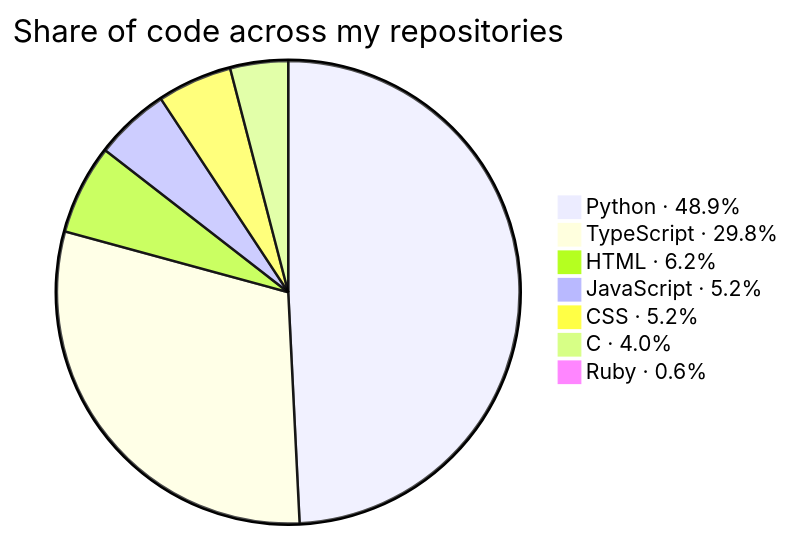
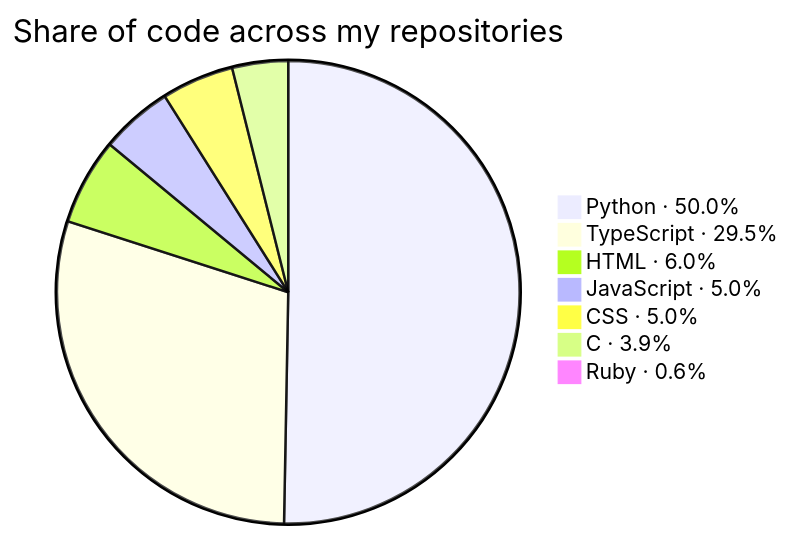
The second of 3 diagrams in README.md (KathFK1234/KathFK1234), drawn with Mermaid before and after one commit. The commit also changed other lines of this file and 2 other files, not shown here.

Commit message:
Update languages, tools, activity and the mood command

````diff
--- a/README.md
+++ b/README.md
@@ -109,11 +109,11 @@
 ```mermaid
 %%{init: {"themeVariables": {"pieSectionTextSize": "0px"}}}%%
 pie title Share of code across my repositories
-    "Python · 48.9%" : 763.0
-    "TypeScript · 29.8%" : 465.4
-    "HTML · 6.2%" : 97.2
-    "JavaScript · 5.2%" : 81.0
-    "CSS · 5.2%" : 81.0
-    "C · 4.0%" : 62.7
+    "Python · 50.0%" : 807.6
+    "TypeScript · 29.5%" : 476.4
+    "HTML · 6.0%" : 97.2
+    "JavaScript · 5.0%" : 81.0
+    "CSS · 5.0%" : 81.0
+    "C · 3.9%" : 62.7
     "Ruby · 0.6%" : 10.1
 ```
````
